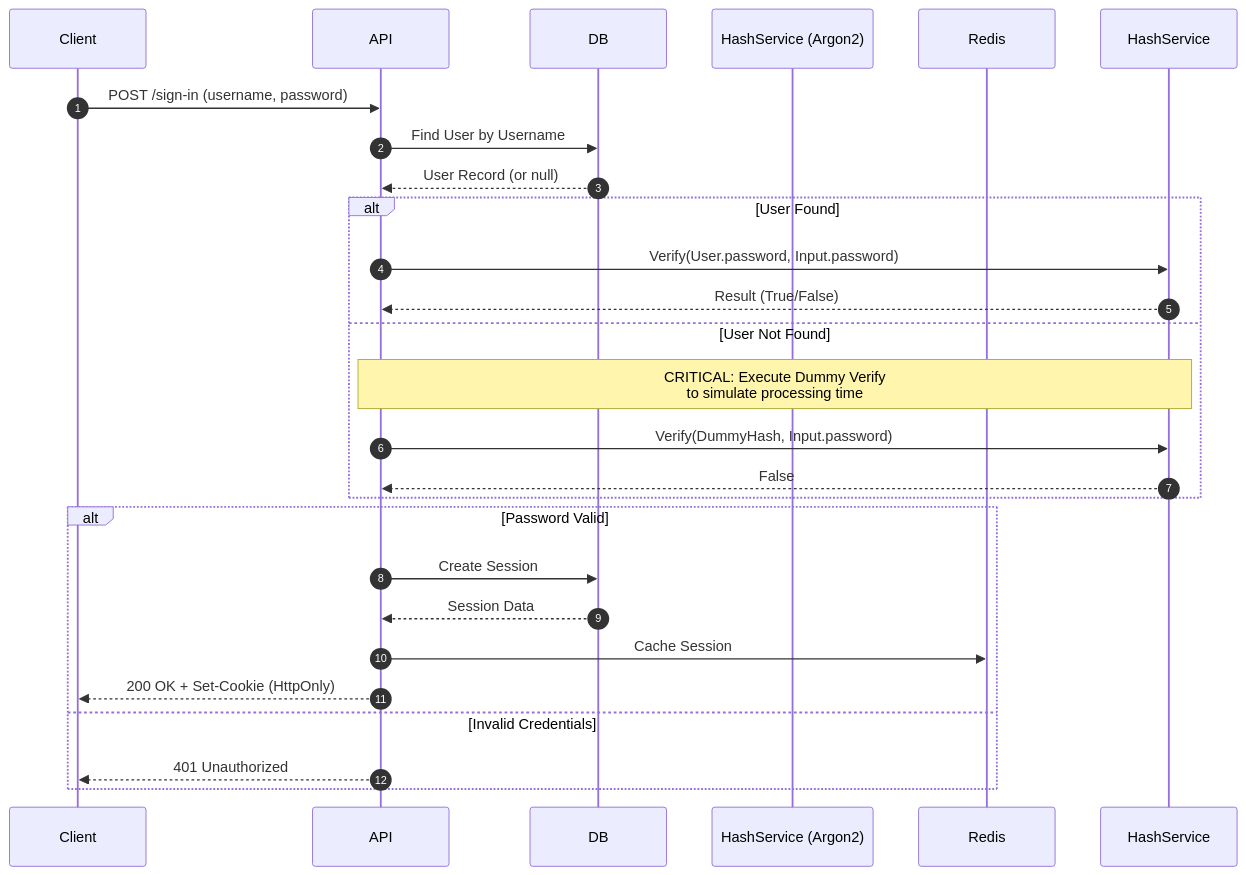
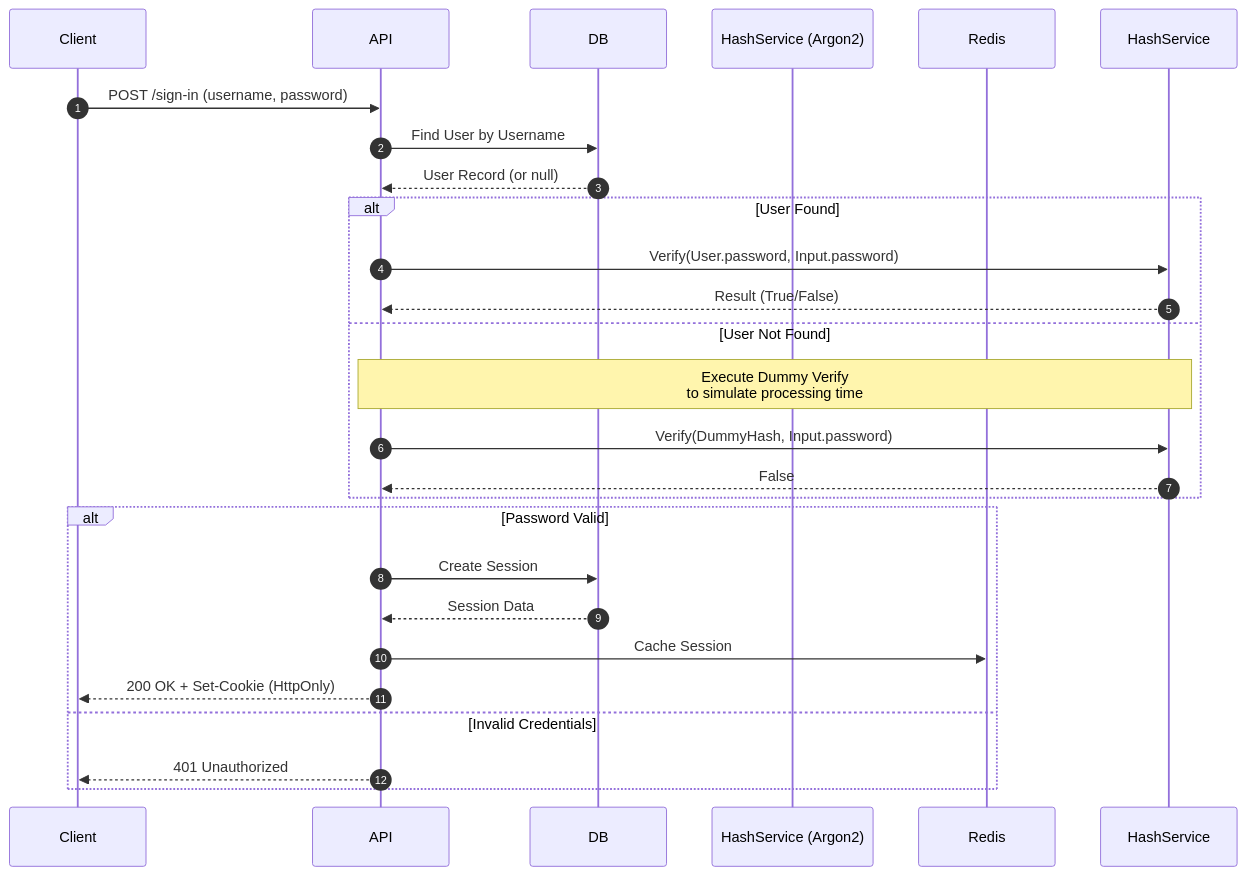
The first of 3 diagrams in README.md (pedroheing/cookie-auth), drawn with Mermaid before and after one commit. The commit also changed other lines of this file, not shown here.

````diff
--- a/README.md
+++ b/README.md
@@ -51,32 +57,32 @@
-  ```mermaid
-  sequenceDiagram
-    autonumber
-    participant Client
-    participant API
-    participant DB
-    participant HashService (Argon2)
-    participant Redis
+```mermaid
+sequenceDiagram
+  autonumber
+  participant Client
+  participant API
+  participant DB
+  participant HashService (Argon2)
+  participant Redis
 
-    Client->>API: POST /sign-in (username, password)
-    
-    API->>DB: Find User by Username
-    DB-->>API: User Record (or null)
+  Client->>API: POST /sign-in (username, password)
 
-    alt User Found
-        API->>HashService: Verify(User.password, Input.password)
-        HashService-->>API: Result (True/False)
-    else User Not Found
-        Note over API, HashService: CRITICAL: Execute Dummy Verify<br/>to simulate processing time
-        API->>HashService: Verify(DummyHash, Input.password)
-        HashService-->>API: False
-    end
+  API->>DB: Find User by Username
+  DB-->>API: User Record (or null)
 
-    alt Password Valid
-        API->>DB: Create Session
-        DB-->>API: Session Data
-        API->>Redis: Cache Session
-        API-->>Client: 200 OK + Set-Cookie (HttpOnly)
-    else Invalid Credentials
-        API-->>Client: 401 Unauthorized
-    end
-  ```
+  alt User Found
+      API->>HashService: Verify(User.password, Input.password)
+      HashService-->>API: Result (True/False)
+  else User Not Found
+      Note over API, HashService: Execute Dummy Verify<br/>to simulate processing time
+      API->>HashService: Verify(DummyHash, Input.password)
+      HashService-->>API: False
+  end
+
+  alt Password Valid
+      API->>DB: Create Session
+      DB-->>API: Session Data
+      API->>Redis: Cache Session
+      API-->>Client: 200 OK + Set-Cookie (HttpOnly)
+  else Invalid Credentials
+      API-->>Client: 401 Unauthorized
+  end
+```
````
